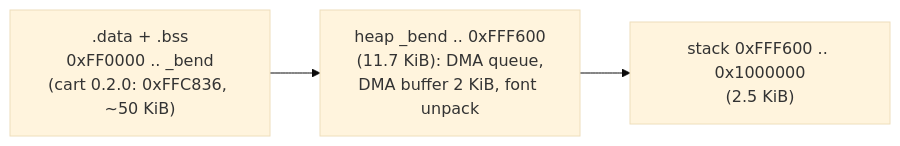
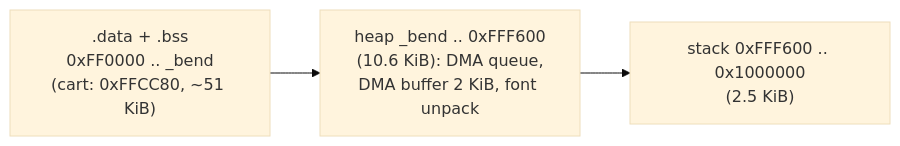
The diagram in lode/build/ram-budget.md (jfryman/mega-wifi-radar), drawn with Mermaid (base theme) before and after one commit. The commit also changed other lines of this file and 50 other files, not shown here.

````diff
--- a/lode/build/ram-budget.md
+++ b/lode/build/ram-budget.md
@@ -8,5 +8,5 @@
 ```mermaid
 flowchart LR
-  S[".data + .bss<br/>0xFF0000 .. _bend<br/>(cart 0.2.0: 0xFFC836, ~50 KiB)"] --> H["heap _bend .. 0xFFF600<br/>(11.7 KiB): DMA queue,<br/>DMA buffer 2 KiB, font unpack"]
+  S[".data + .bss<br/>0xFF0000 .. _bend<br/>(cart: 0xFFCC80, ~51 KiB)"] --> H["heap _bend .. 0xFFF600<br/>(10.6 KiB): DMA queue,<br/>DMA buffer 2 KiB, font unpack"]
   H --> K["stack 0xFFF600 .. 0x1000000<br/>(2.5 KiB)"]
 ```
````
